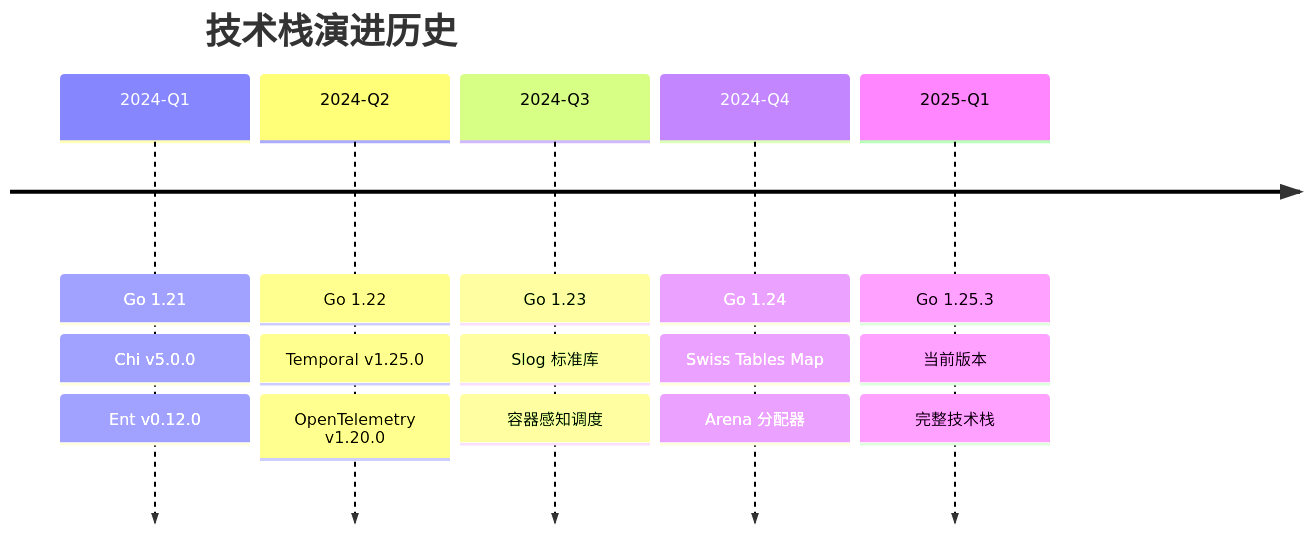
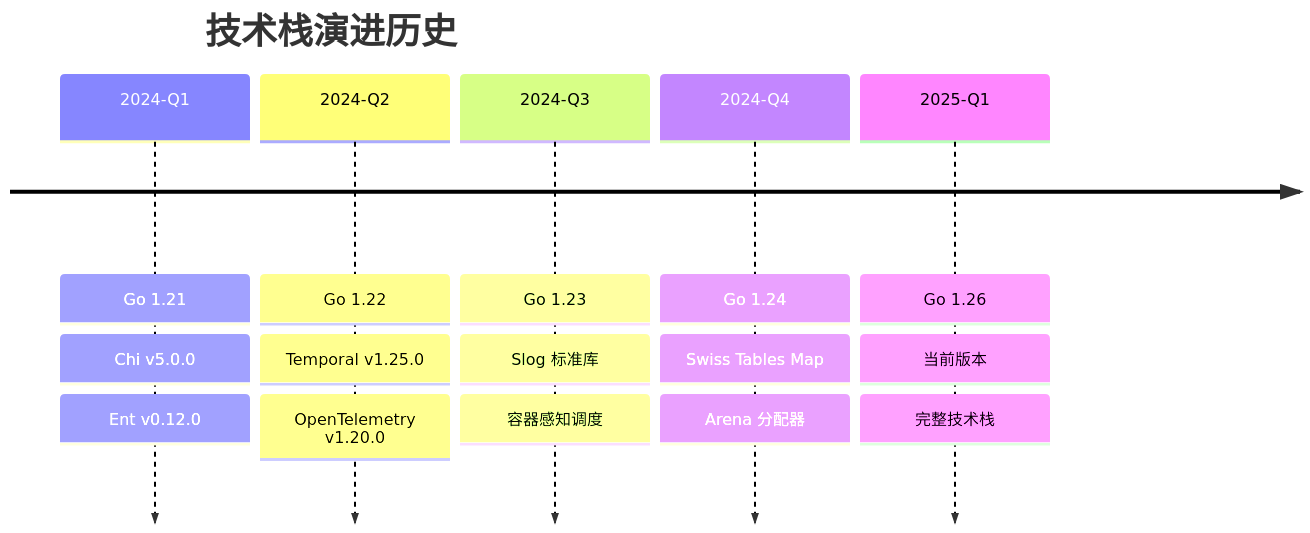
The seventh of 7 diagrams in docs/architecture/00-Go-1.25.3技术栈对齐.md (AdaMartin18010/golang), drawn with Mermaid before and after one commit. The commit also changed other lines of this file and 523 other files, not shown here.

````diff
--- a/docs/architecture/00-Go-1.25.3技术栈对齐.md
+++ b/docs/architecture/00-Go-1.25.3技术栈对齐.md
@@ -609,19 +609,19 @@
 ```mermaid
 timeline
     title 技术栈演进历史
     2024-Q1 : Go 1.21
             : Chi v5.0.0
             : Ent v0.12.0
     2024-Q2 : Go 1.22
             : Temporal v1.25.0
             : OpenTelemetry v1.20.0
     2024-Q3 : Go 1.23
             : Slog 标准库
             : 容器感知调度
     2024-Q4 : Go 1.24
             : Swiss Tables Map
             : Arena 分配器
-    2025-Q1 : Go 1.25.3
+    2025-Q1 : Go 1.26
             : 当前版本
             : 完整技术栈
 ```
````
